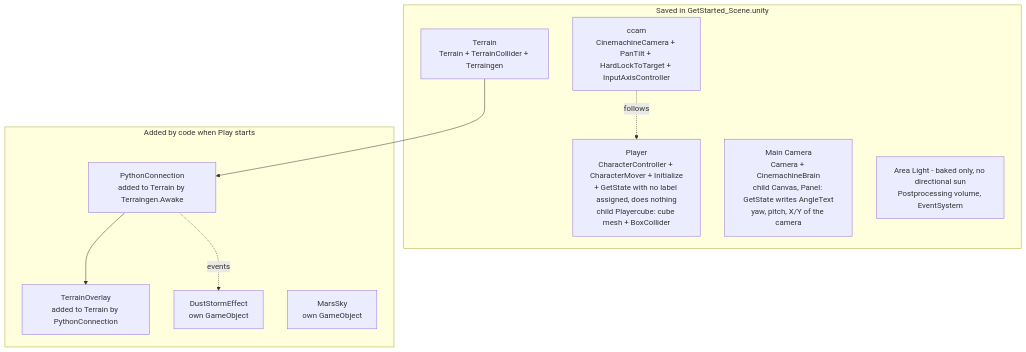
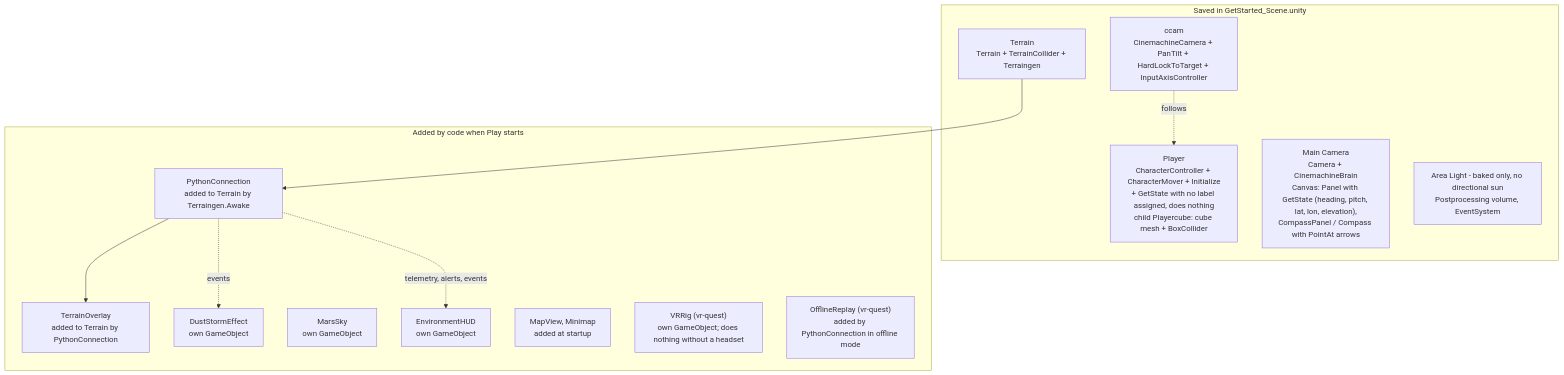
One commit to knightofthegrey/Marsmap changed the second of 5 diagrams in docs/PROJECT_REPORT.md. Above: the diagram before and after it, drawn with Mermaid. The commit also changed other lines of this file and 4 other files, not shown here.

````diff
--- a/docs/PROJECT_REPORT.md
+++ b/docs/PROJECT_REPORT.md
@@ -135,20 +155,25 @@
 ```mermaid
 flowchart TB
   subgraph Saved["Saved in GetStarted_Scene.unity"]
     T["Terrain<br/>Terrain + TerrainCollider + Terraingen"]
     P["Player<br/>CharacterController + CharacterMover + Initialize<br/>+ GetState with no label assigned, does nothing<br/>child Playercube: cube mesh + BoxCollider"]
     CAM["ccam<br/>CinemachineCamera + PanTilt + HardLockToTarget + InputAxisController"]
-    MC["Main Camera<br/>Camera + CinemachineBrain<br/>child Canvas, Panel: GetState writes AngleText<br/>yaw, pitch, X/Y of the camera"]
+    MC["Main Camera<br/>Camera + CinemachineBrain<br/>Canvas: Panel with GetState (heading, pitch, lat, lon, elevation),<br/>CompassPanel / Compass with PointAt arrows"]
     LT["Area Light - baked only, no directional sun<br/>Postprocessing volume, EventSystem"]
   end
   subgraph Runtime["Added by code when Play starts"]
     PC["PythonConnection<br/>added to Terrain by Terraingen.Awake"]
     TO["TerrainOverlay<br/>added to Terrain by PythonConnection"]
     DS["DustStormEffect<br/>own GameObject"]
     MSK["MarsSky<br/>own GameObject"]
+    EH["EnvironmentHUD<br/>own GameObject"]
+    MV["MapView, Minimap<br/>added at startup"]
+    VRR["VRRig (vr-quest)<br/>own GameObject; does nothing without a headset"]
+    OR["OfflineReplay (vr-quest)<br/>added by PythonConnection in offline mode"]
   end
   T --> PC
   PC --> TO
   PC -. "events" .-> DS
+  PC -. "telemetry, alerts, events" .-> EH
   CAM -. "follows" .-> P
 ```
````
